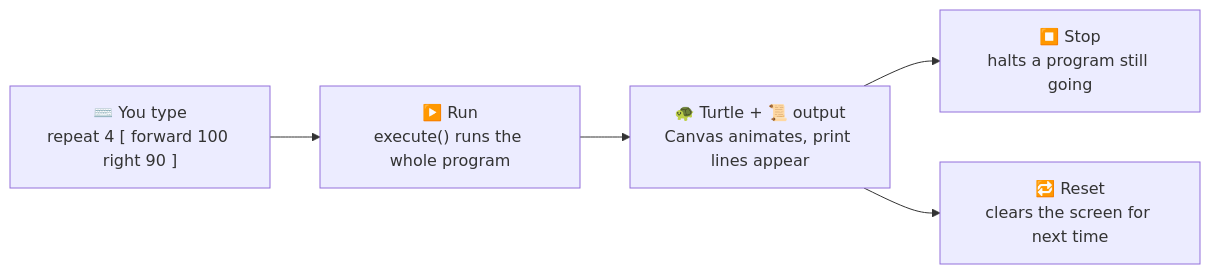
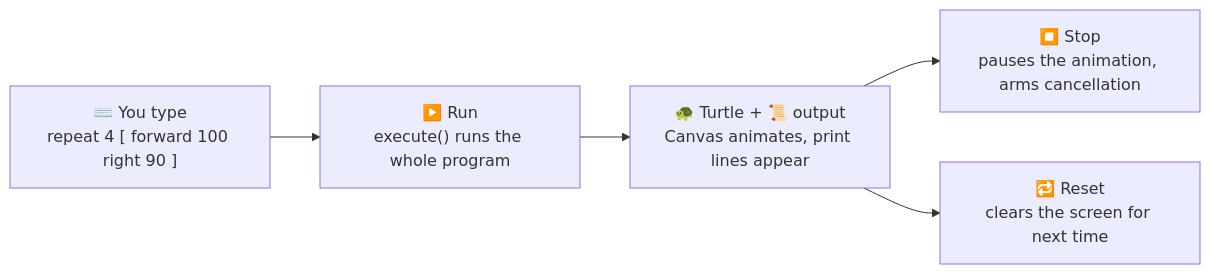
Before and after one commit to pmalarme/open-logo: the diagram in docs/learn-how-its-built/10-where-you-type-it.md, drawn with Mermaid. The commit also changed other lines of this file, not shown here.

First line of the commit message:
docs: fix Stop semantics + diagnostic format per review

````diff
--- a/docs/learn-how-its-built/10-where-you-type-it.md
+++ b/docs/learn-how-its-built/10-where-you-type-it.md
@@ -11,7 +11,7 @@
 ```mermaid
 flowchart LR
   A["⌨️ You type<br/>repeat 4 [ forward 100 right 90 ]"] --> B["▶️ Run<br/>execute() runs the whole program"]
   B --> C["🐢 Turtle + 📜 output<br/>Canvas animates, print lines appear"]
-  C --> D["⏹️ Stop<br/>halts a program still going"]
+  C --> D["⏹️ Stop<br/>pauses the animation, arms cancellation"]
   C --> E["🔁 Reset<br/>clears the screen for next time"]
 ```
````
